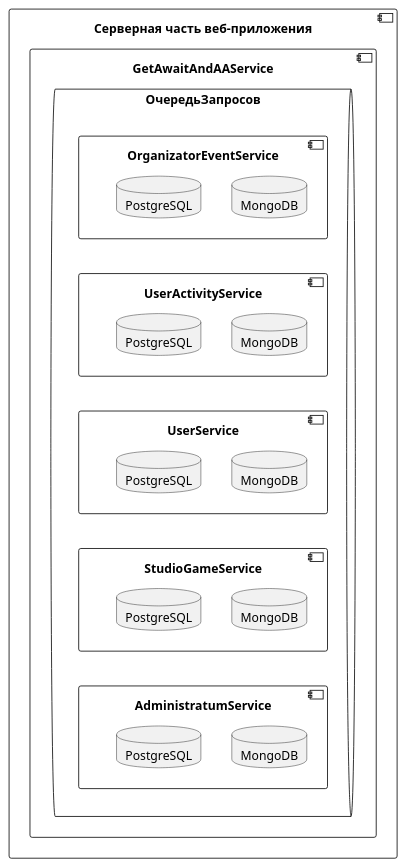
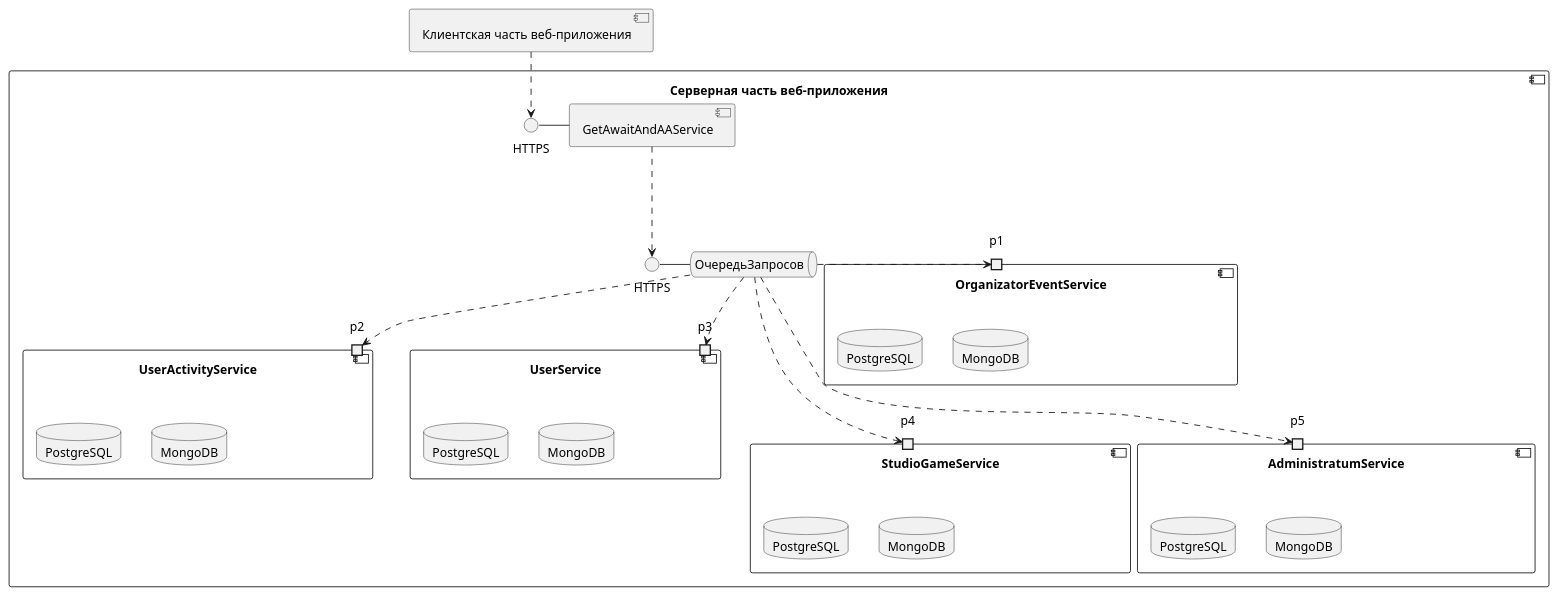
The diagram in doc/diagrams/components.plantuml (TrondinDS/SNGGame), drawn with PlantUML before and after one commit.

Commit message:
redo components_diagram

```diff
--- a/doc/diagrams/components.plantuml
+++ b/doc/diagrams/components.plantuml
@@ -1,51 +1,81 @@
 @startuml
 
-component "Серверная часть веб-приложения" {
+component "Клиентская часть веб-приложения" as front {
+}
+
+component "Серверная часть веб-приложения" as back {
     component GetAwaitAndAAService {
-        queue ОчередьЗапросов {
+    }
+    () HTTPS as back_http
+    back_http - GetAwaitAndAAService
 
-            component OrganizatorEventService {
-                database MongoDB {
-                }
-                database PostgreSQL {
-                }
-            }
+    queue ОчередьЗапросов as queue_request {
+    }
+    () HTTPS as queue_http
+    queue_http - queue_request
 
-            component UserActivityService {
-                database MongoDB {
-                }
-                database PostgreSQL {
-                }
-            }
+    component OrganizatorEventService {
+        database MongoDB as m1 {
+        }
+        database PostgreSQL as p1 {
+        }
+        port p1 as pp1
+    }
 
-            component UserService {
-                database MongoDB {
-                }
-                database PostgreSQL {
-                }
-            }
+    component UserActivityService {
+        database MongoDB as m2 {
+        }
+        database PostgreSQL as p2 {
+        }
+        port p2 as pp2
+    }
 
-            component StudioGameService {
-                database MongoDB {
-                }
-                database PostgreSQL {
-                }
-            }
+    component UserService {
+        database MongoDB as m3 {
+        }
+        database PostgreSQL as p3 {
+        }
+        port p3 as pp3
+    }
 
-            component AdministratumService {
-                database MongoDB {
-                }
-                database PostgreSQL {
-                }
-            }
+    component StudioGameService {
+        database MongoDB as m4 {
+        }
+        database PostgreSQL as p4 {
+        }
+        port p4 as pp4
+    }
 
+    component AdministratumService {
+        database MongoDB as m5 {
         }
+        database PostgreSQL as p5 {
+        }
+        port p5 as pp5
     }
 }
 
-OrganizatorEventService -[hidden]-> UserActivityService
-UserActivityService -[hidden]-> UserService
-UserService -[hidden]-> StudioGameService
-StudioGameService -[hidden]-> AdministratumService
+' OrganizatorEventService -[hidden]-> UserActivityService
+' UserActivityService -[hidden]-> UserService
+' UserService -[hidden]-> StudioGameService
+' StudioGameService -[hidden]-> AdministratumService
+
+' organizer_event_http -[hidden]-> user_activity_http
+' user_activity_http -[hidden]-> user_service_http
+' user_service_http -[hidden]-> studio_game_http
+' studio_game_http -[hidden]-> administratum_http
+
+' pp1 -[hidden]-> pp2
+' pp2 -[hidden]-> pp3
+' pp3 -[hidden]-> pp4
+' pp4 -[hidden]-> pp5
+
+front ..> back_http
+GetAwaitAndAAService ...> queue_http
+queue_request .> pp1
+queue_request ..> pp2
+queue_request ..> pp3
+queue_request ...> pp4
+queue_request ...> pp5
 
 @enduml
```
